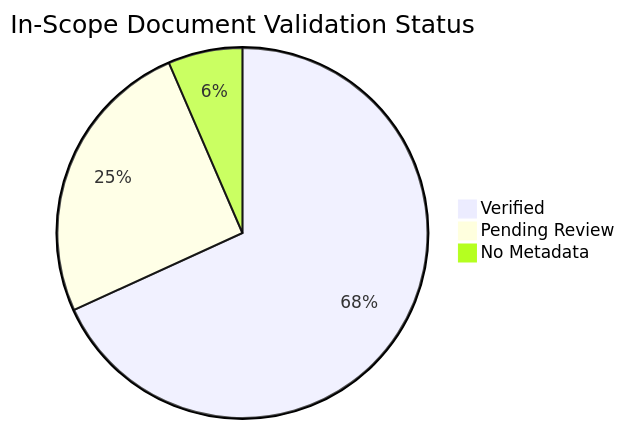
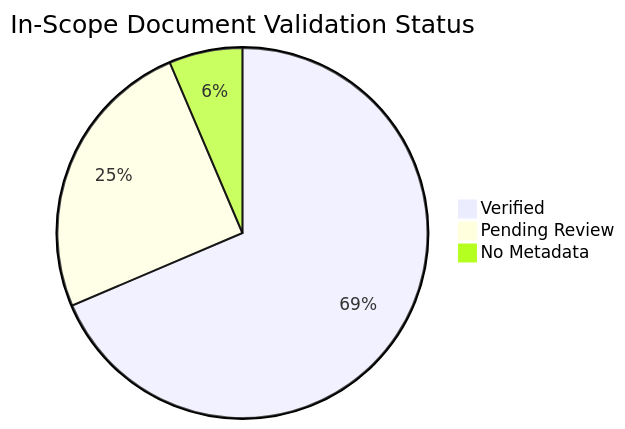
One commit to yeongseon/azure-container-apps-practical-guide changed the diagram in docs/reference/content-validation-status.md. Above: the diagram before and after it, drawn with Mermaid. The commit also changed other lines of this file and 11 other files, not shown here.

````diff
--- a/docs/reference/content-validation-status.md
+++ b/docs/reference/content-validation-status.md
@@ -25,6 +25,6 @@
 ```mermaid
 pie title In-Scope Document Validation Status
-    "Verified" : 105
+    "Verified" : 107
     "Pending Review" : 39
     "No Metadata" : 10
 ```
````
